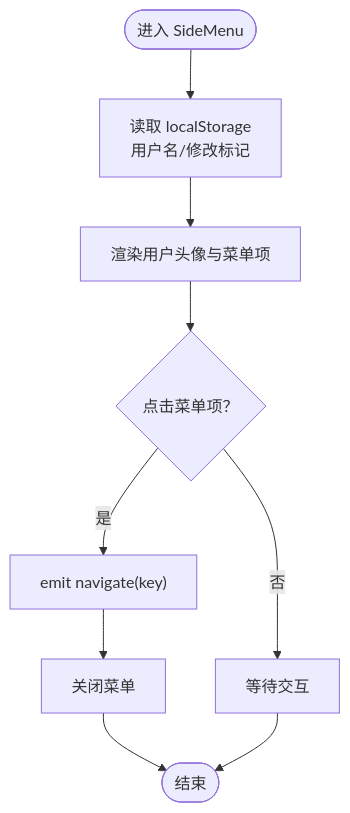
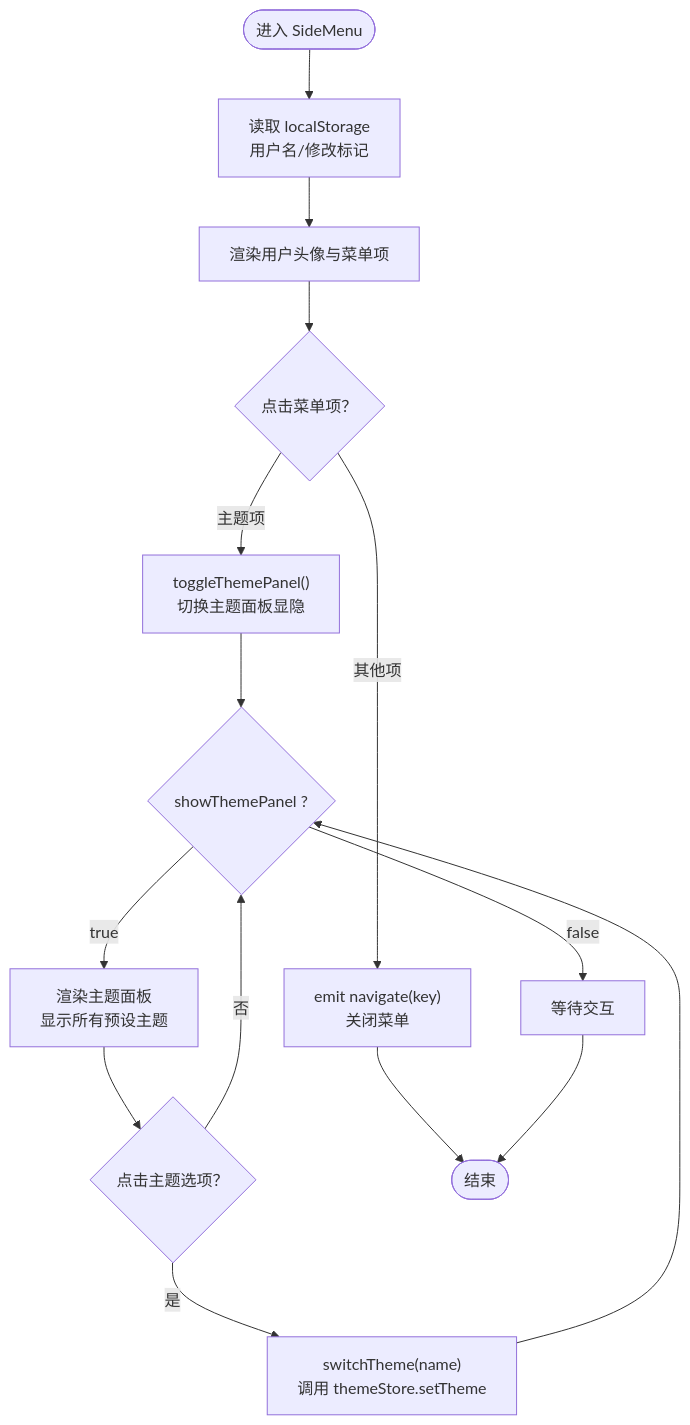
One commit to xiao-lin-unit/yuan changed the third of 8 diagrams in .qoder/repowiki/zh/content/UI组件/导航组件.md. Above: the diagram before and after it, drawn with Mermaid. The commit also changed other lines of this file and 7 other files, not shown here.

````diff
--- a/.qoder/repowiki/zh/content/UI组件/导航组件.md
+++ b/.qoder/repowiki/zh/content/UI组件/导航组件.md
@@ -208,11 +231,17 @@
 ```mermaid
 flowchart TD
 Start(["进入 SideMenu"]) --> Load["读取 localStorage<br/>用户名/修改标记"]
 Load --> Render["渲染用户头像与菜单项"]
 Render --> ClickItem{"点击菜单项？"}
-ClickItem --> |是| EmitNav["emit navigate(key)"]
-EmitNav --> Close["关闭菜单"]
-ClickItem --> |否| Wait["等待交互"]
-Close --> End(["结束"])
+ClickItem --> |主题项| TogglePanel["toggleThemePanel()<br/>切换主题面板显隐"]
+ClickItem --> |其他项| EmitNav["emit navigate(key)<br/>关闭菜单"]
+TogglePanel --> PanelVisible{"showThemePanel ?"}
+PanelVisible --> |true| RenderPanel["渲染主题面板<br/>显示所有预设主题"]
+PanelVisible --> |false| Wait["等待交互"]
+RenderPanel --> ClickTheme{"点击主题选项？"}
+ClickTheme --> |是| SwitchTheme["switchTheme(name)<br/>调用 themeStore.setTheme"]
+ClickTheme --> |否| PanelVisible
+SwitchTheme --> PanelVisible
+EmitNav --> End(["结束"])
 Wait --> End
 ```
````
